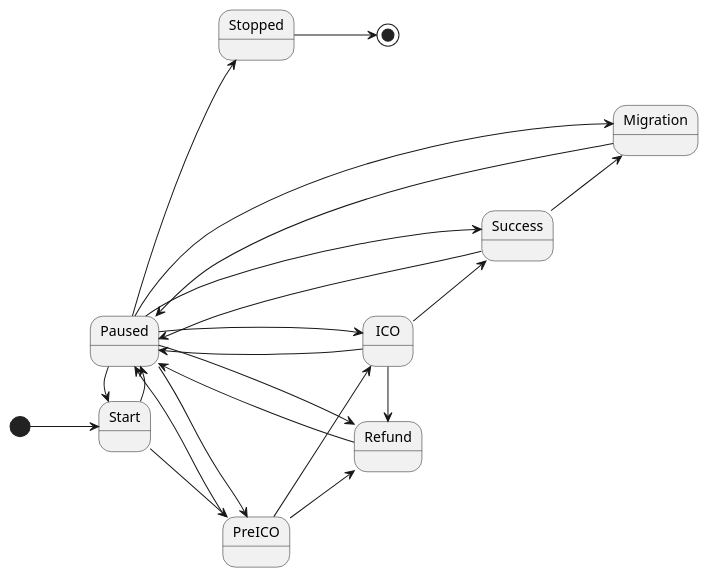
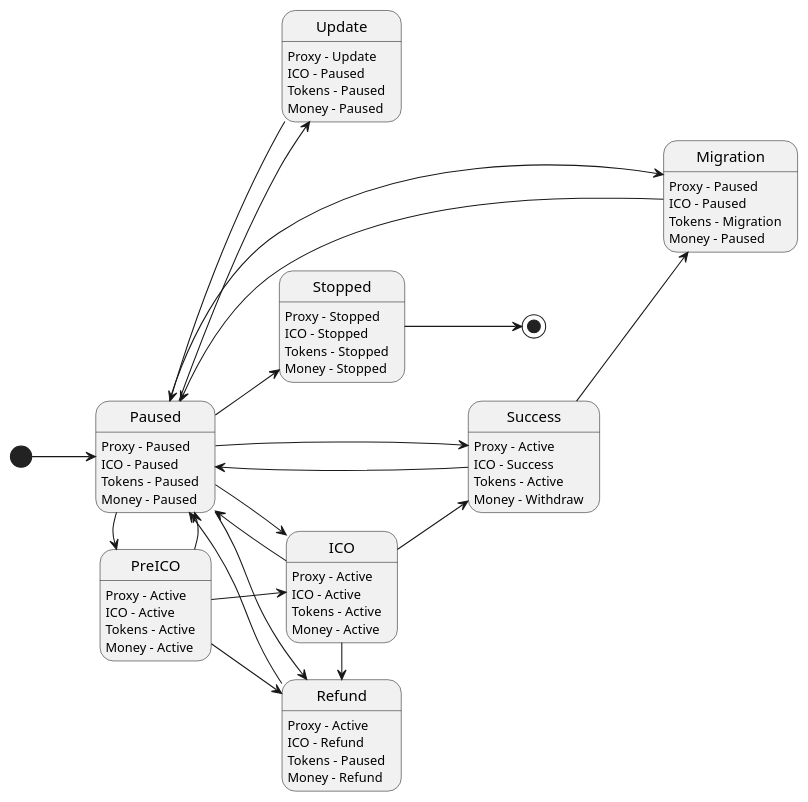
Before and after one commit to DarkDarkZen/carfix: the diagram in uml/overall-state.puml, drawn with PlantUML. The commit also changed 3 other files, not shown here.

Commit message:
Add complex states and remove unnecessary states form Money and Tokens

```diff
--- a/uml/overall-state.puml
+++ b/uml/overall-state.puml
@@ -1,35 +1,95 @@
 @startuml
-scale 700 width
+scale 800 width
 
 left to right direction
 
-[*] -down-> Start
-Start -down-> PreICO
-Start -left-> Paused
-Paused -right-> Start
+state Paused {
+    Paused: Proxy - Paused
+    Paused: ICO - Paused
+    Paused: Tokens - Paused
+    Paused: Money - Paused
+}
 
+state PreICO {
+    PreICO: Proxy - Active
+    PreICO: ICO - Active
+    PreICO: Tokens - Active
+    PreICO: Money - Active
+}
+
+state ICO {
+    ICO: Proxy - Active
+    ICO: ICO - Active
+    ICO: Tokens - Active
+    ICO: Money - Active
+}
+
+state Stopped {
+    Stopped: Proxy - Stopped
+    Stopped: ICO - Stopped
+    Stopped: Tokens - Stopped
+    Stopped: Money - Stopped
+}
+
+state Refund {
+    Refund: Proxy - Active
+    Refund: ICO - Refund
+    Refund: Tokens - Paused
+    Refund: Money - Refund
+}
+
+state Success {
+    Success: Proxy - Active
+    Success: ICO - Success
+    Success: Tokens - Active
+    Success: Money - Withdraw
+}
+
+state Migration {
+    Migration: Proxy - Paused
+    Migration: ICO - Paused
+    Migration: Tokens - Migration
+    Migration: Money - Paused
+}
+
+state Update {
+    Update: Proxy - Update
+    Update: ICO - Paused
+    Update: Tokens - Paused
+    Update: Money - Paused
+}
+
+
+' Happy path
+[*] -down-> Paused
 PreICO -down-> ICO
+ICO -down-> Success
+Success -down-> Migration
+Migration -left-> Paused
+Paused -down-> Stopped
+Stopped -down-> [*]
+
+' Refund
 PreICO -right-> Refund
+ICO -right-> Refund
+
+' Pause pairs
 PreICO -left-> Paused
 Paused -right-> PreICO
 
-ICO -right-> Refund
-ICO -down-> Success
 ICO -left-> Paused
 Paused -right-> ICO
 
 Success -left-> Paused
 Paused -Right-> Success
-Success -down-> Migration
-
-Migration -left-> Paused
-Paused -right-> Migration
 
 Refund -up-> Paused
 Paused -down-> Refund
 
-Paused -down-> Stopped
+Paused -right-> Migration
 
-Stopped -down-> [*]
+' Update
+Paused --> Update
+Update --> Paused
 
 @enduml
```
